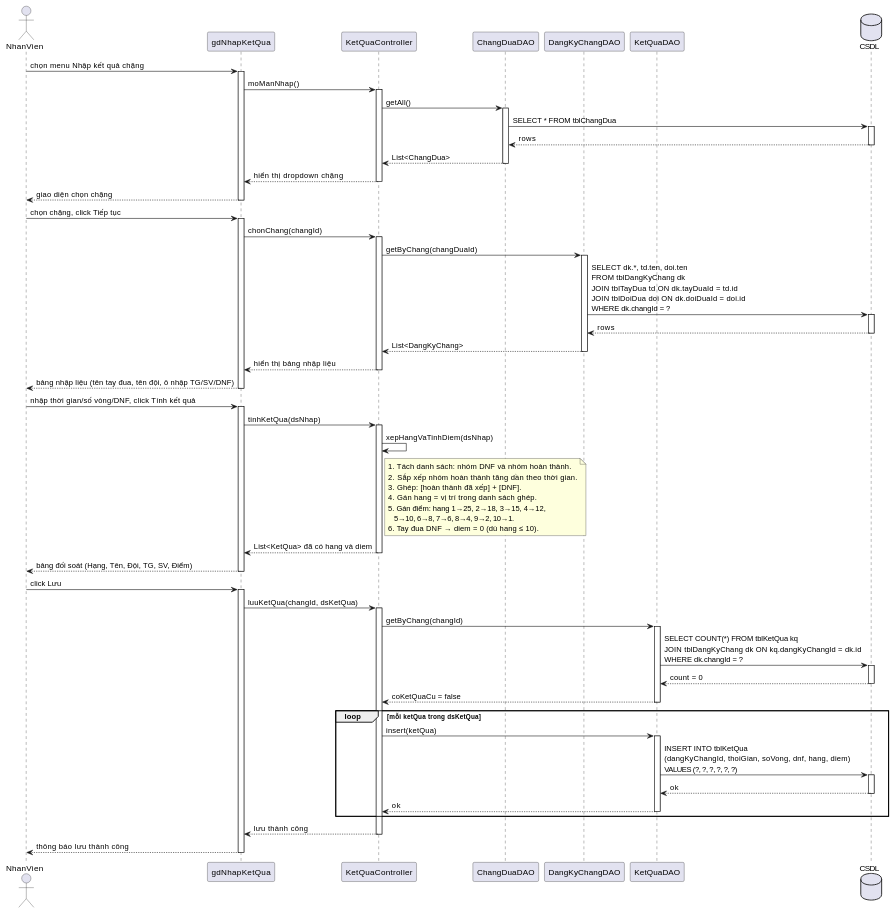
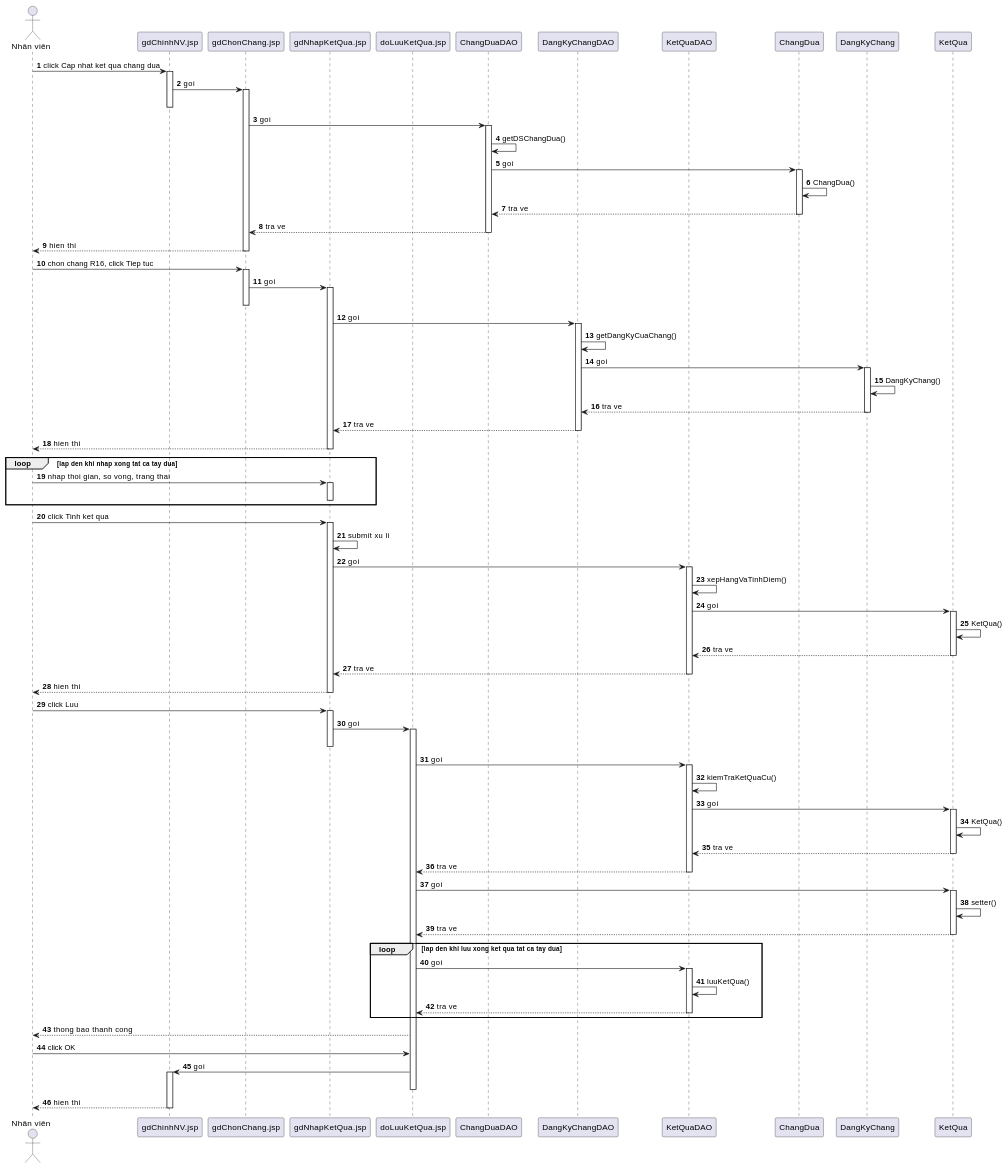
One commit to 7gho/CNPM-He2026 changed the sixth of 6 diagrams in Module 3 - Kiet/noi-dung.md. Above: the diagram before and after it, drawn with PlantUML. The commit also changed other lines of this file and 53 other files, not shown here.

First line of the commit message:
Chuan hoa toan bo tai lieu theo giao trinh va de bai goc

````diff
--- a/Module 3 - Kiet/noi-dung.md
+++ b/Module 3 - Kiet/noi-dung.md
@@ -274,93 +508,112 @@
 ```plantuml
 @startuml
-actor NhanVien as NV
-participant "gdNhapKetQua" as V
-participant "KetQuaController" as C
-participant "ChangDuaDAO" as CDAO
-participant "DangKyChangDAO" as DDAO
-participant "KetQuaDAO" as KDAO
-database "CSDL" as DB
+autonumber
+actor "Nhân viên" as NV
+participant "gdChinhNV.jsp" as V0
+participant "gdChonChang.jsp" as V1
+participant "gdNhapKetQua.jsp" as V2
+participant "doLuuKetQua.jsp" as V3
+participant "ChangDuaDAO" as D1
+participant "DangKyChangDAO" as D2
+participant "KetQuaDAO" as D3
+participant "ChangDua" as E1
+participant "DangKyChang" as E2
+participant "KetQua" as E3
 
-NV -> V : chọn menu Nhập kết quả chặng
-activate V
-V -> C : moManNhap()
-activate C
-C -> CDAO : getAll()
-activate CDAO
-CDAO -> DB : SELECT * FROM tblChangDua
-activate DB
-DB --> CDAO : rows
-deactivate DB
-CDAO --> C : List<ChangDua>
-deactivate CDAO
-C --> V : hiển thị dropdown chặng
-deactivate C
-V --> NV : giao diện chọn chặng
-deactivate V
+NV -> V0 : click Cap nhat ket qua chang dua
+activate V0
+V0 -> V1 : goi
+activate V1
+deactivate V0
+V1 -> D1 : goi
+activate D1
+D1 -> D1 : getDSChangDua()
+D1 -> E1 : goi
+activate E1
+E1 -> E1 : ChangDua()
+E1 --> D1 : tra ve
+deactivate E1
+D1 --> V1 : tra ve
+deactivate D1
+V1 --> NV : hien thi
+deactivate V1
 
-NV -> V : chọn chặng, click Tiếp tục
-activate V
-V -> C : chonChang(changId)
-activate C
-C -> DDAO : getByChang(changDuaId)
-activate DDAO
-DDAO -> DB : SELECT dk.*, td.ten, doi.ten\nFROM tblDangKyChang dk\nJOIN tblTayDua td ON dk.tayDuaId = td.id\nJOIN tblDoiDua doi ON dk.doiDuaId = doi.id\nWHERE dk.changId = ?
-activate DB
-DB --> DDAO : rows
-deactivate DB
-DDAO --> C : List<DangKyChang>
-deactivate DDAO
-C --> V : hiển thị bảng nhập liệu
-deactivate C
-V --> NV : bảng nhập liệu (tên tay đua, tên đội, ô nhập TG/SV/DNF)
-deactivate V
+NV -> V1 : chon chang R16, click Tiep tuc
+activate V1
+V1 -> V2 : goi
+activate V2
+deactivate V1
+V2 -> D2 : goi
+activate D2
+D2 -> D2 : getDangKyCuaChang()
+D2 -> E2 : goi
+activate E2
+E2 -> E2 : DangKyChang()
+E2 --> D2 : tra ve
+deactivate E2
+D2 --> V2 : tra ve
+deactivate D2
+V2 --> NV : hien thi
+deactivate V2
 
-NV -> V : nhập thời gian/số vòng/DNF, click Tính kết quả
-activate V
-V -> C : tinhKetQua(dsNhap)
-activate C
-C -> C : xepHangVaTinhDiem(dsNhap)
-note right of C
-  1. Tách danh sách: nhóm DNF và nhóm hoàn thành.
-  2. Sắp xếp nhóm hoàn thành tăng dần theo thời gian.
-  3. Ghép: [hoàn thành đã xếp] + [DNF].
-  4. Gán hang = vị trí trong danh sách ghép.
-  5. Gán điểm: hang 1→25, 2→18, 3→15, 4→12,
-     5→10, 6→8, 7→6, 8→4, 9→2, 10→1.
-  6. Tay đua DNF → diem = 0 (dù hang ≤ 10).
-end note
-C --> V : List<KetQua> đã có hang và diem
-deactivate C
-V --> NV : bảng đối soát (Hạng, Tên, Đội, TG, SV, Điểm)
-deactivate V
-
-NV -> V : click Lưu
-activate V
-V -> C : luuKetQua(changId, dsKetQua)
-activate C
-C -> KDAO : getByChang(changId)
-activate KDAO
-KDAO -> DB : SELECT COUNT(*) FROM tblKetQua kq\nJOIN tblDangKyChang dk ON kq.dangKyChangId = dk.id\nWHERE dk.changId = ?
-activate DB
-DB --> KDAO : count = 0
-deactivate DB
-KDAO --> C : coKetQuaCu = false
-deactivate KDAO
-
-loop mỗi ketQua trong dsKetQua
-  C -> KDAO : insert(ketQua)
-  activate KDAO
-  KDAO -> DB : INSERT INTO tblKetQua\n(dangKyChangId, thoiGian, soVong, dnf, hang, diem)\nVALUES (?, ?, ?, ?, ?, ?)
-  activate DB
-  DB --> KDAO : ok
-  deactivate DB
-  KDAO --> C : ok
-  deactivate KDAO
+loop lap den khi nhap xong tat ca tay dua
+  NV -> V2 : nhap thoi gian, so vong, trang thai
+  activate V2
+  deactivate V2
 end
 
-C --> V : lưu thành công
-deactivate C
-V --> NV : thông báo lưu thành công
-deactivate V
+NV -> V2 : click Tinh ket qua
+activate V2
+V2 -> V2 : submit xu li
+V2 -> D3 : goi
+activate D3
+D3 -> D3 : xepHangVaTinhDiem()
+D3 -> E3 : goi
+activate E3
+E3 -> E3 : KetQua()
+E3 --> D3 : tra ve
+deactivate E3
+D3 --> V2 : tra ve
+deactivate D3
+V2 --> NV : hien thi
+deactivate V2
+
+NV -> V2 : click Luu
+activate V2
+V2 -> V3 : goi
+activate V3
+deactivate V2
+V3 -> D3 : goi
+activate D3
+D3 -> D3 : kiemTraKetQuaCu()
+D3 -> E3 : goi
+activate E3
+E3 -> E3 : KetQua()
+E3 --> D3 : tra ve
+deactivate E3
+D3 --> V3 : tra ve
+deactivate D3
+
+V3 -> E3 : goi
+activate E3
+E3 -> E3 : setter()
+E3 --> V3 : tra ve
+deactivate E3
+
+loop lap den khi luu xong ket qua tat ca tay dua
+  V3 -> D3 : goi
+  activate D3
+  D3 -> D3 : luuKetQua()
+  D3 --> V3 : tra ve
+  deactivate D3
+end
+
+V3 --> NV : thong bao thanh cong
+NV -> V3 : click OK
+V3 -> V0 : goi
+activate V0
+deactivate V3
+V0 --> NV : hien thi
+deactivate V0
 @enduml
 ```
````
